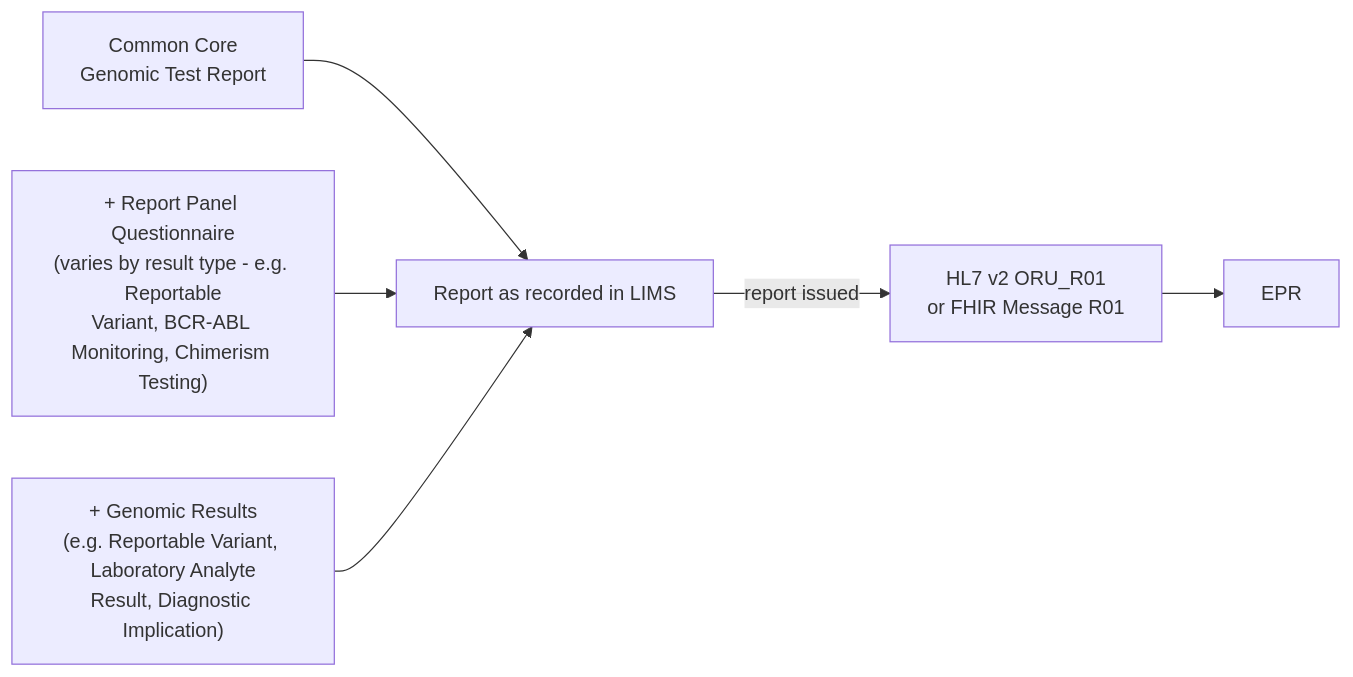
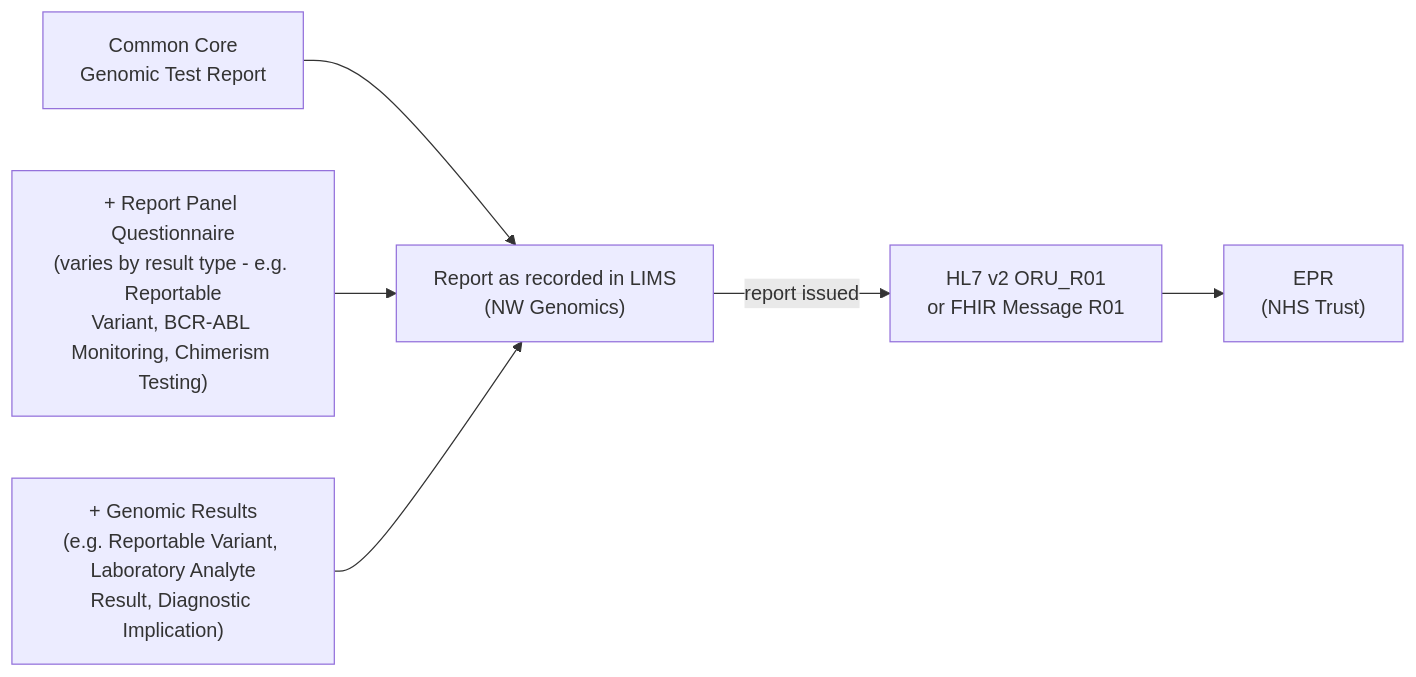
Before and after one commit to nw-gmsa/nw-gmsa.github.com: the second of 3 diagrams in input/pagecontent/Questionnaire-GenomicTestReport-intro.md, drawn with Mermaid. The commit also changed 1 other file, not shown here.

Commit message:
Add Developer Guides introduction covering RIE, FHIR Repository and FHIR terminology
Introduce DeveloperGuides.md with an overview of the two InterSystems
products this IG's FHIR content flows through - the Regional Integration
Engine (messaging/Enterprise Integration Patterns) and the FHIR Repository
(operational data platform populated by wire-tap, Domain Driven
Design/Data Mesh aggregates) - plus diagrams for each, an Introduction to
FHIR, a FHIR Validation diagram, and a FHIR Terminology Services section
covering tx.fhir.org and the Genomics England Terminology Server.

Claude-Session: https://claude.ai/code/session_01FaJZPo5x3UCuWmUi5yyXAB

````diff
--- a/input/pagecontent/Questionnaire-GenomicTestReport-intro.md
+++ b/input/pagecontent/Questionnaire-GenomicTestReport-intro.md
@@ -267,15 +267,15 @@
 ```mermaid
 flowchart LR
     CORE["Common Core<br/>Genomic Test Report"]
     PANEL["+ Report Panel Questionnaire<br/>(varies by result type - e.g. Reportable<br/>Variant, BCR-ABL Monitoring, Chimerism Testing)"]
     RESULTS["+ Genomic Results<br/>(e.g. Reportable Variant, Laboratory Analyte<br/>Result, Diagnostic Implication)"]
-    QNAIRE["Report as recorded in LIMS"]
+    QNAIRE["Report as recorded in LIMS<br/>(NW Genomics)"]
     MSG["HL7 v2 ORU_R01<br/>or FHIR Message R01"]
-    EPR["EPR"]
+    EPR["EPR<br/>(NHS Trust)"]
 
     CORE --> QNAIRE
     PANEL --> QNAIRE
     RESULTS --> QNAIRE
     QNAIRE -->|"report issued"| MSG
     MSG --> EPR
 ```
````
